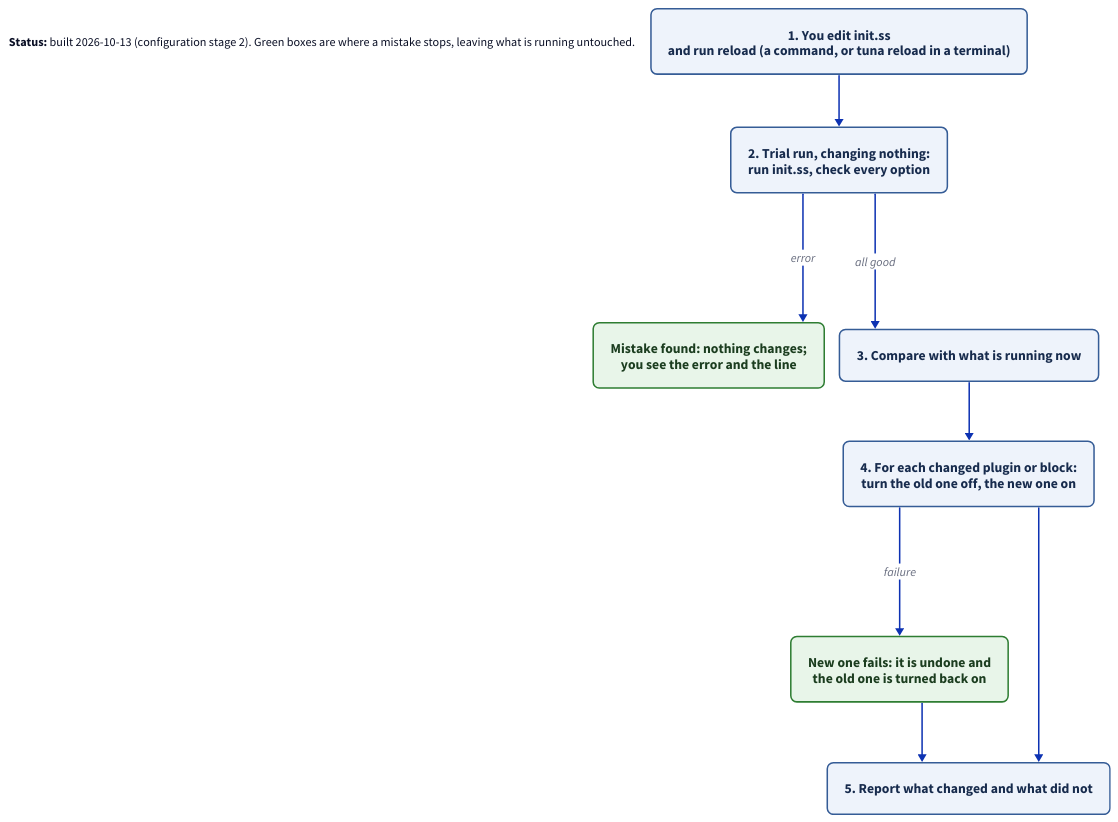
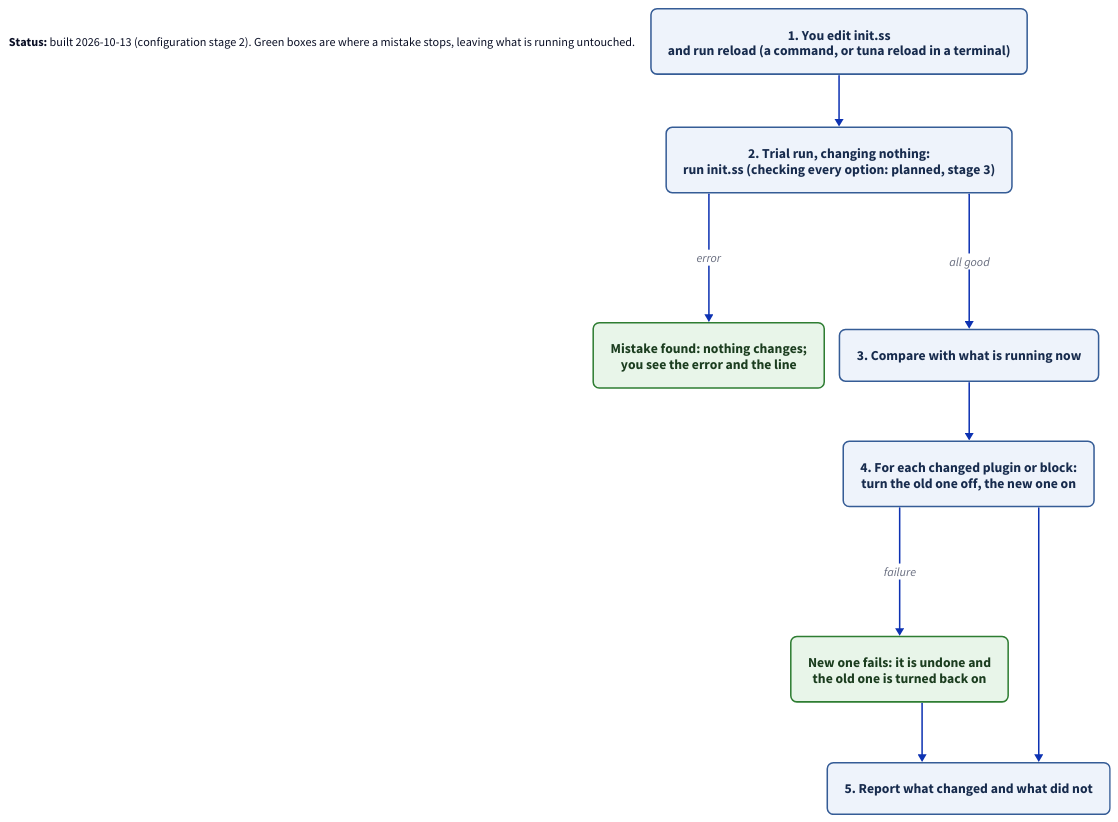
The diagram in docs/diagrams/config-reload.d2 (jaybonthius/tuna), drawn with D2 before and after one commit. The commit also changed 9 other files, not shown here.

```diff
--- a/docs/diagrams/config-reload.d2
+++ b/docs/diagrams/config-reload.d2
@@ -1,49 +1,49 @@
 # What happens when you reload your configuration?
 vars: {
   d2-config: {
     layout-engine: elk
     theme-id: 0
   }
 }
 direction: down
 
 classes: {
   step: {
     style: {
       fill: "#eef3fb"
       stroke: "#355c96"
       font-color: "#172b4d"
       border-radius: 8
       font-size: 18
     }
   }
   safe: {
     style: {
       fill: "#e8f5e9"
       stroke: "#2e7d32"
       font-color: "#1b3d1f"
       border-radius: 8
       font-size: 18
     }
   }
 }
 
 legend: |md
   **Status:** built 2026-10-13 (configuration stage 2). Green boxes are where a mistake stops, leaving what is running untouched.
 |
 
 edit: "1. You edit init.ss\nand run reload (a command, or tuna reload in a terminal)" {class: step}
-check: "2. Trial run, changing nothing:\nrun init.ss, check every option" {class: step}
+check: "2. Trial run, changing nothing:\nrun init.ss (checking every option: planned, stage 3)" {class: step}
 stop: "Mistake found: nothing changes;\nyou see the error and the line" {class: safe}
 compare: "3. Compare with what is running now" {class: step}
 apply: "4. For each changed plugin or block:\nturn the old one off, the new one on" {class: step}
 keep: "New one fails: it is undone and\nthe old one is turned back on" {class: safe}
 report: "5. Report what changed and what did not" {class: step}
 
 edit -> check
 check -> stop: "error"
 check -> compare: "all good"
 compare -> apply
 apply -> keep: "failure"
 apply -> report
 keep -> report
```
